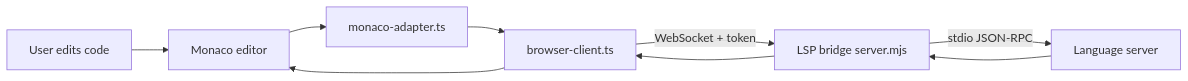
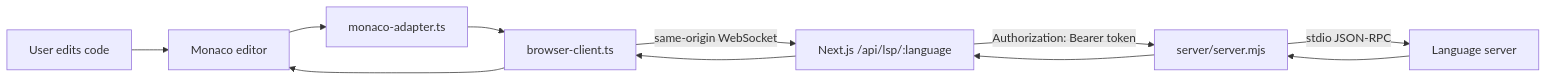
The first of 2 diagrams in README.md (OnlineJudgeBo/patito-ide-lsp-server), drawn with Mermaid before and after one commit. The commit also changed other lines of this file and 2 other files, not shown here.

````diff
--- a/README.md
+++ b/README.md
@@ -25,11 +33,10 @@
 ```mermaid
 flowchart LR
   User[User edits code] --> Monaco[Monaco editor]
   Monaco --> Adapter[monaco-adapter.ts]
   Adapter --> Client[browser-client.ts]
-  Client -->|WebSocket + token| Bridge[LSP bridge server.mjs]
+  Client -->|same-origin WebSocket| Proxy[Next.js /api/lsp/:language]
+  Proxy -->|Authorization: Bearer token| Bridge[server/server.mjs]
   Bridge -->|stdio JSON-RPC| Server[Language server]
-  Server --> Bridge
-  Bridge --> Client
-  Client --> Monaco
+  Server --> Bridge --> Proxy --> Client --> Monaco
 ```
````
